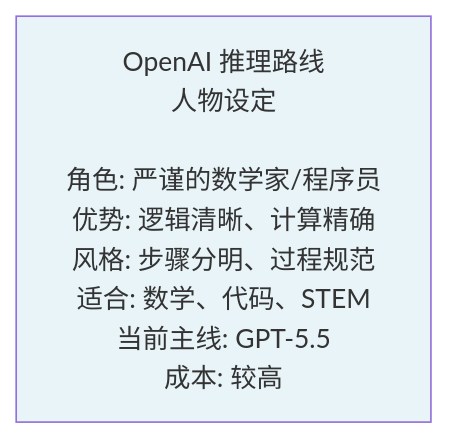
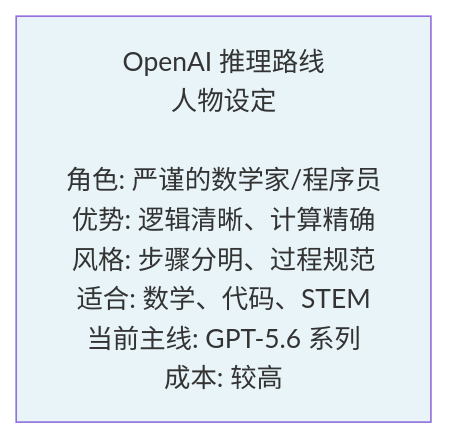
Before and after one commit to changsongyang/ai_beginner_guide: the second of 9 diagrams in 07_reasoning_models/7.4_major_reasoning_models.md, drawn with Mermaid. The commit also changed other lines of this file and 3 other files, not shown here.

First line of the commit message:
docs: OpenAI 侧的现役表述跟进到 GPT-5.6，并去掉两处正文日期戳

````diff
--- a/07_reasoning_models/7.4_major_reasoning_models.md
+++ b/07_reasoning_models/7.4_major_reasoning_models.md
@@ -30,5 +30,5 @@
 ```mermaid
 graph LR
-    A["OpenAI 推理路线<br/>人物设定<br/><br/>角色: 严谨的数学家/程序员<br/>优势: 逻辑清晰、计算精确<br/>风格: 步骤分明、过程规范<br/>适合: 数学、代码、STEM<br/>当前主线: GPT-5.5<br/>成本: 较高"]
+    A["OpenAI 推理路线<br/>人物设定<br/><br/>角色: 严谨的数学家/程序员<br/>优势: 逻辑清晰、计算精确<br/>风格: 步骤分明、过程规范<br/>适合: 数学、代码、STEM<br/>当前主线: GPT-5.6 系列<br/>成本: 较高"]
     style A fill:#E8F4F8
 ```
````
